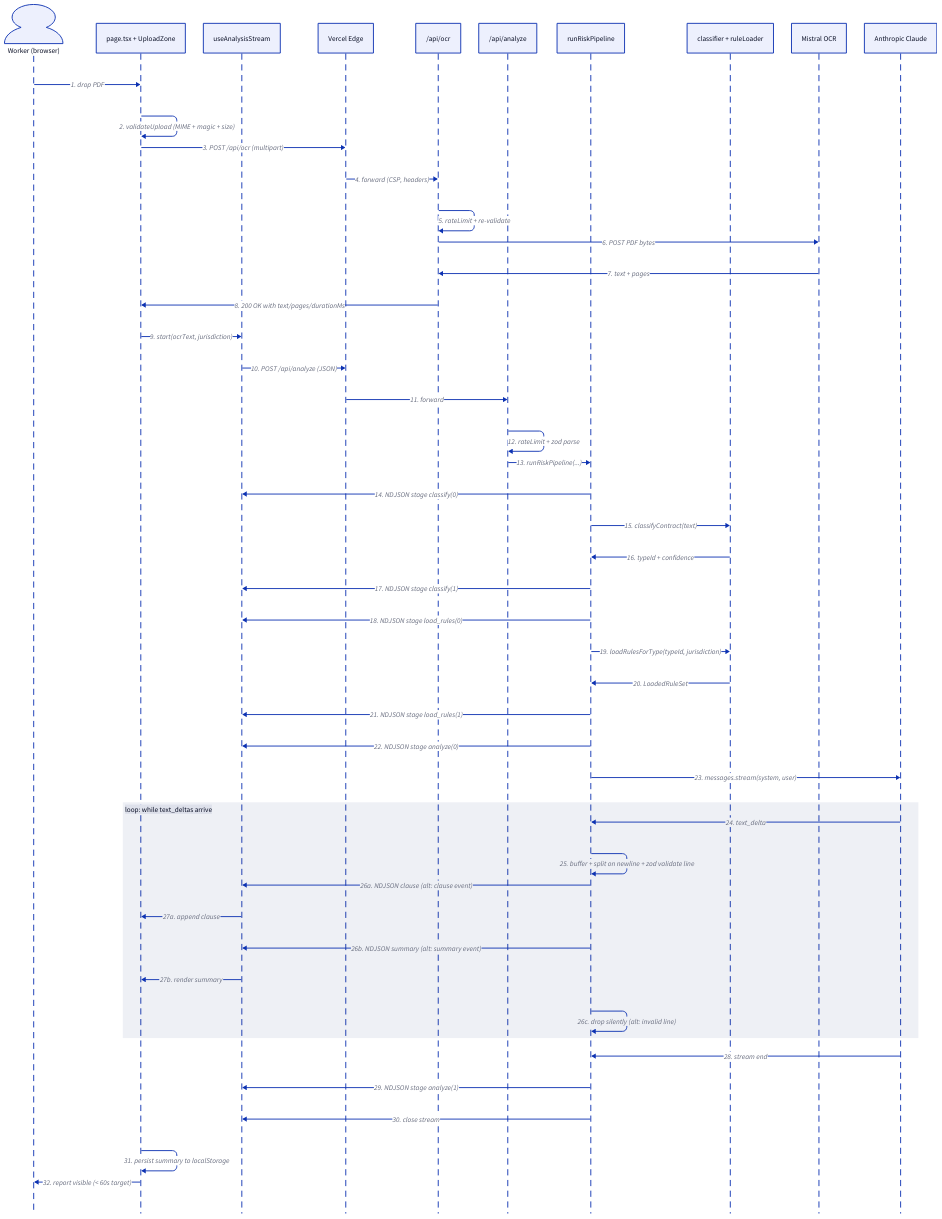
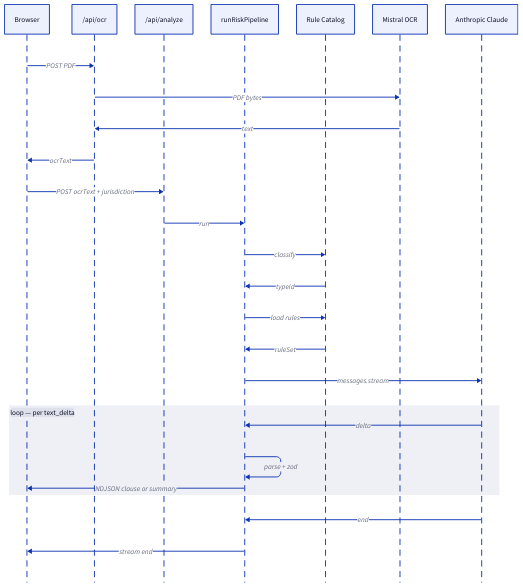
The diagram in docs/diagrams/src/sequence-request-path.d2 (odere-pro/contractact-u-ally), drawn with D2 before and after one commit. The commit also changed 10 other files, not shown here.

First line of the commit message:
docs: simplify diagrams and prose

```diff
--- a/docs/diagrams/src/sequence-request-path.d2
+++ b/docs/diagrams/src/sequence-request-path.d2
@@ -1,59 +1,36 @@
 # contractact-u-ally — Request path (D2 sequence)
 # Render: d2 docs/diagrams/src/sequence-request-path.d2 docs/diagrams/img/sequence-request-path.svg
 
 shape: sequence_diagram
 
-worker: Worker (browser) {shape: person}
-ui: page.tsx + UploadZone
-hook: useAnalysisStream
-edge: Vercel Edge
+browser: Browser
 ocr: /api/ocr
 analyze: /api/analyze
 pipe: runRiskPipeline
-catalog: classifier + ruleLoader
+catalog: Rule Catalog
 mistral: Mistral OCR
 claude: Anthropic Claude
 
-worker -> ui: 1. drop PDF
-ui -> ui: 2. validateUpload (MIME + magic + size)
-ui -> edge: 3. POST /api/ocr (multipart)
-edge -> ocr: 4. forward (CSP, headers)
-ocr -> ocr: 5. rateLimit + re-validate
-ocr -> mistral: 6. POST PDF bytes
-mistral -> ocr: 7. text + pages
-ocr -> ui: 8. 200 OK with text/pages/durationMs
+browser -> ocr: POST PDF
+ocr -> mistral: PDF bytes
+mistral -> ocr: text
+ocr -> browser: ocrText
 
-ui -> hook: 9. start(ocrText, jurisdiction)
-hook -> edge: 10. POST /api/analyze (JSON)
-edge -> analyze: 11. forward
-analyze -> analyze: 12. rateLimit + zod parse
-analyze -> pipe: 13. runRiskPipeline(...)
+browser -> analyze: "POST ocrText + jurisdiction"
+analyze -> pipe: run
 
-pipe -> hook: 14. NDJSON stage classify(0)
-pipe -> catalog: 15. classifyContract(text)
-catalog -> pipe: 16. typeId + confidence
-pipe -> hook: 17. NDJSON stage classify(1)
+pipe -> catalog: classify
+catalog -> pipe: typeId
+pipe -> catalog: load rules
+catalog -> pipe: ruleSet
 
-pipe -> hook: 18. NDJSON stage load_rules(0)
-pipe -> catalog: 19. loadRulesForType(typeId, jurisdiction)
-catalog -> pipe: 20. LoadedRuleSet
-pipe -> hook: 21. NDJSON stage load_rules(1)
+pipe -> claude: messages.stream
 
-pipe -> hook: 22. NDJSON stage analyze(0)
-pipe -> claude: 23. messages.stream(system, user)
-
-stream_loop: loop: while text_deltas arrive {
-  claude -> pipe: 24. text_delta
-  pipe -> pipe: 25. buffer + split on newline + zod validate line
-  pipe -> hook: 26a. NDJSON clause (alt: clause event)
-  hook -> ui: 27a. append clause
-  pipe -> hook: 26b. NDJSON summary (alt: summary event)
-  hook -> ui: 27b. render summary
-  pipe -> pipe: 26c. drop silently (alt: invalid line)
+"loop — per text_delta": {
+  claude -> pipe: delta
+  pipe -> pipe: parse + zod
+  pipe -> browser: NDJSON clause or summary
 }
 
-claude -> pipe: 28. stream end
-pipe -> hook: 29. NDJSON stage analyze(1)
-pipe -> hook: 30. close stream
-ui -> ui: 31. persist summary to localStorage
-ui -> worker: 32. report visible (< 60s target)
+claude -> pipe: end
+pipe -> browser: stream end
```
